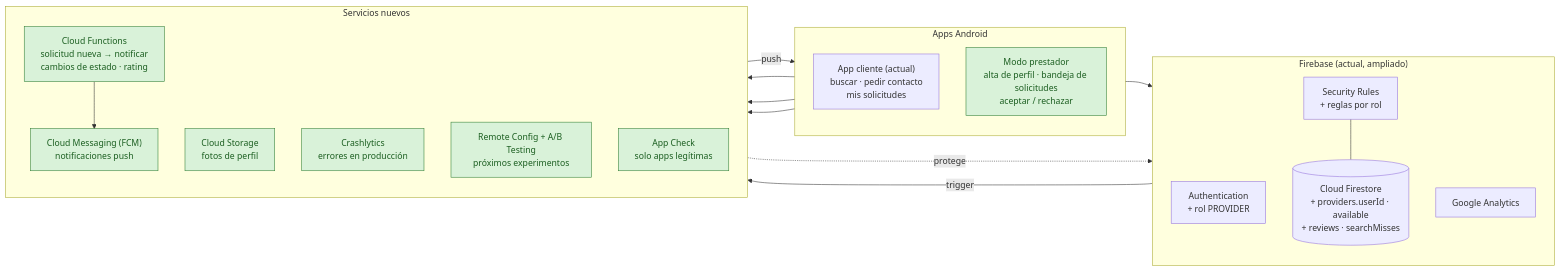
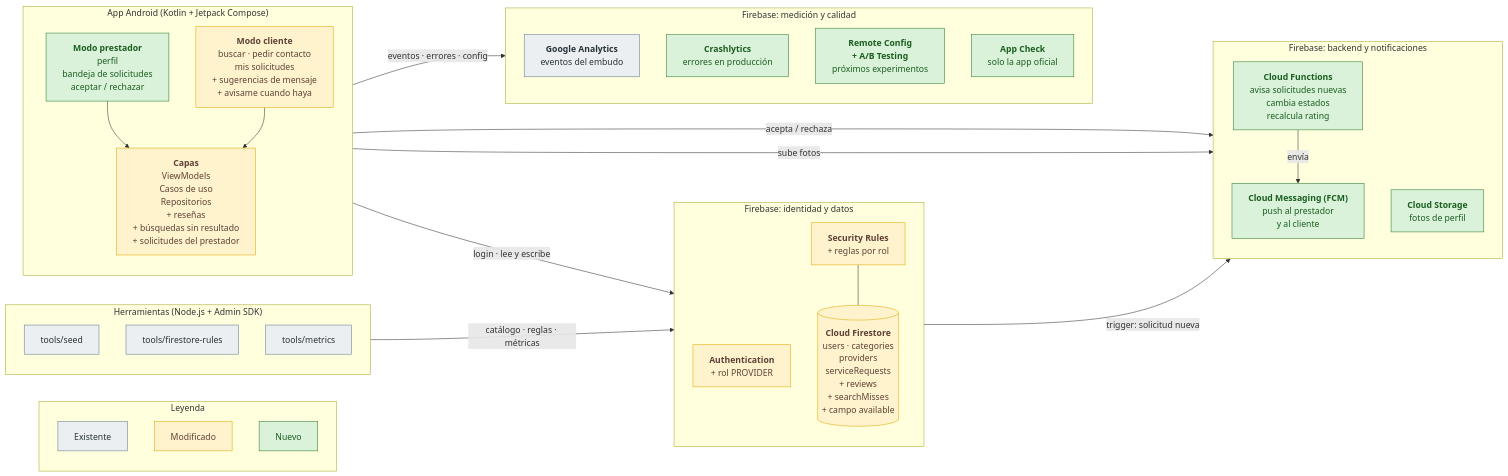
The third of 6 diagrams in docs/ARQUITECTURA.md (Gon-nazz19/ServiciosYA), drawn with Mermaid before and after one commit. The commit also changed other lines of this file, not shown here.

Commit message:
docs(tp2): clarify updated architecture diagram

````diff
--- a/docs/ARQUITECTURA.md
+++ b/docs/ARQUITECTURA.md
@@ -120,39 +128,63 @@
 ```mermaid
 flowchart LR
-    subgraph APPS["Apps Android"]
+    subgraph LEG["Leyenda"]
         direction TB
-        CAPP["App cliente (actual)<br/>buscar · pedir contacto<br/>mis solicitudes"]
-        PAPP["Modo prestador<br/>alta de perfil · bandeja de solicitudes<br/>aceptar / rechazar"]
+        L1["Existente"]
+        L2["Modificado"]
+        L3["Nuevo"]
     end
 
-    subgraph CORE["Firebase (actual, ampliado)"]
+    subgraph TOOLS["Herramientas (Node.js + Admin SDK)"]
         direction TB
-        AUTH["Authentication<br/>+ rol PROVIDER"]
-        FS[("Cloud Firestore<br/>+ providers.userId · available<br/>+ reviews · searchMisses")]
-        RULES["Security Rules<br/>+ reglas por rol"]
-        GA["Google Analytics"]
+        SEED["tools/seed"]
+        RT["tools/firestore-rules"]
+        MET["tools/metrics"]
+    end
+
+    subgraph APP["App Android (Kotlin + Jetpack Compose)"]
+        direction TB
+        PRO["<b>Modo prestador</b><br/>perfil<br/>bandeja de solicitudes<br/>aceptar / rechazar"]
+        CLI["<b>Modo cliente</b><br/>buscar · pedir contacto<br/>mis solicitudes<br/>+ sugerencias de mensaje<br/>+ avisame cuando haya"]
+        LAYERS["<b>Capas</b><br/>ViewModels<br/>Casos de uso<br/>Repositorios<br/>+ reseñas<br/>+ búsquedas sin resultado<br/>+ solicitudes del prestador"]
+        PRO --> LAYERS
+        CLI --> LAYERS
+    end
+
+    subgraph DATA["Firebase: identidad y datos"]
+        direction TB
+        AUTH["<b>Authentication</b><br/>+ rol PROVIDER"]
+        RULES["<b>Security Rules</b><br/>+ reglas por rol"]
+        FS[("<b>Cloud Firestore</b><br/>users · categories<br/>providers<br/>serviceRequests<br/>+ reviews<br/>+ searchMisses<br/>+ campo available")]
         RULES --- FS
     end
 
-    subgraph NEW["Servicios nuevos"]
+    subgraph BACK["Firebase: backend y notificaciones"]
         direction TB
-        CF["Cloud Functions<br/>solicitud nueva → notificar<br/>cambios de estado · rating"]
-        FCM["Cloud Messaging (FCM)<br/>notificaciones push"]
-        ST["Cloud Storage<br/>fotos de perfil"]
-        CR["Crashlytics<br/>errores en producción"]
-        RC["Remote Config + A/B Testing<br/>próximos experimentos"]
-        AC["App Check<br/>solo apps legítimas"]
-        CF --> FCM
+        CF["<b>Cloud Functions</b><br/>avisa solicitudes nuevas<br/>cambia estados<br/>recalcula rating"]
+        FCM["<b>Cloud Messaging (FCM)</b><br/>push al prestador<br/>y al cliente"]
+        ST["<b>Cloud Storage</b><br/>fotos de perfil"]
+        CF -- envía --> FCM
     end
 
-    APPS --> CORE
-    APPS --> ST
-    APPS --> CR
-    APPS --> RC
-    FS -- trigger --> CF
-    FCM -- push --> APPS
-    AC -. protege .-> CORE
+    subgraph OPS["Firebase: medición y calidad"]
+        direction TB
+        GA["<b>Google Analytics</b><br/>eventos del embudo"]
+        CR["<b>Crashlytics</b><br/>errores en producción"]
+        RC["<b>Remote Config</b><br/><b>+ A/B Testing</b><br/>próximos experimentos"]
+        AC["<b>App Check</b><br/>solo la app oficial"]
+    end
 
+    TOOLS -- "catálogo · reglas · métricas" --> DATA
+    LAYERS -- "login · lee y escribe" --> DATA
+    LAYERS -- "sube fotos" --> ST
+    LAYERS -- "eventos · errores · config" --> OPS
+    FS -- "trigger: solicitud nueva" --> CF
+    LAYERS -- "acepta / rechaza" --> CF
+
+    classDef existing fill:#eceff1,stroke:#607d8b,color:#263238;
+    classDef modified fill:#fff3cd,stroke:#e0a800,color:#5d4037;
     classDef new fill:#d9f2d9,stroke:#2e7d32,color:#1b5e20;
-    class PAPP,CF,FCM,ST,CR,RC,AC new;
+    class GA,SEED,RT,MET,L1 existing;
+    class CLI,LAYERS,AUTH,FS,RULES,L2 modified;
+    class PRO,CF,FCM,ST,CR,RC,AC,L3 new;
 ```
````
